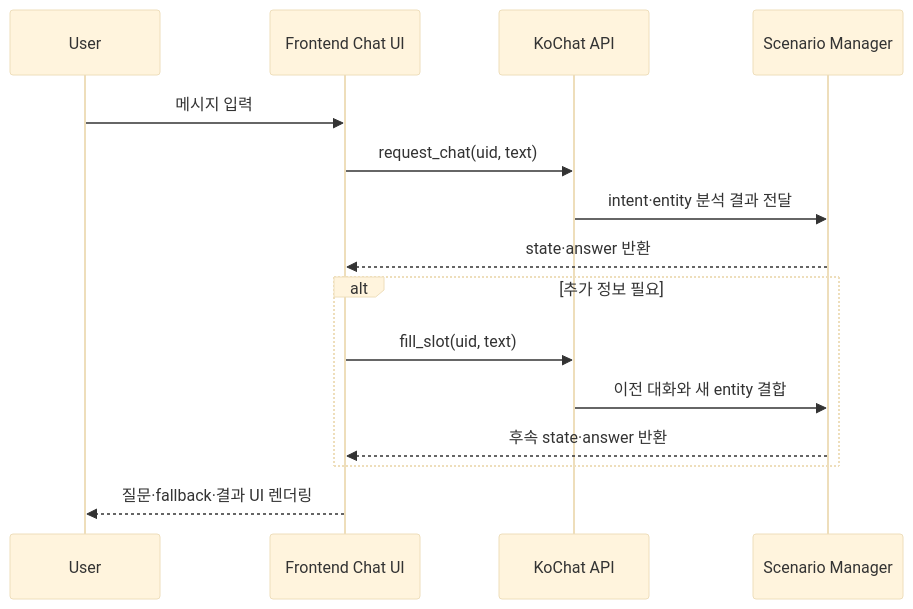
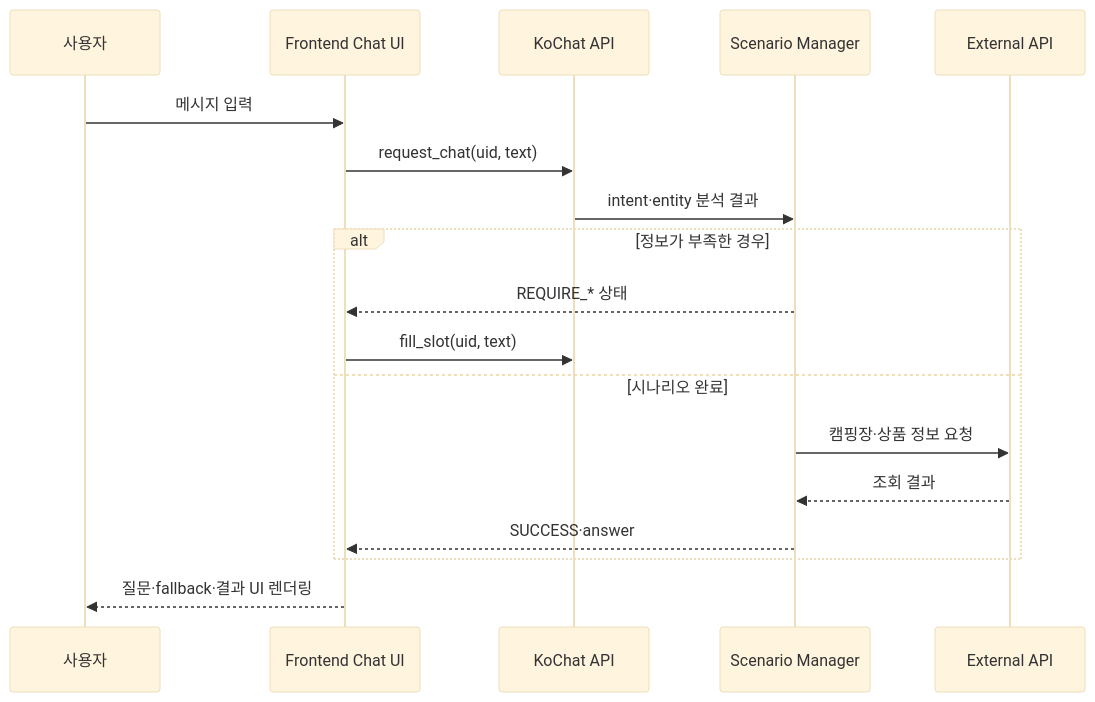
The second of 2 diagrams in README.md (minjuko/2022capstone), drawn with Mermaid (base theme) before and after one commit. The commit also changed other lines of this file, not shown here.

````diff
--- a/README.md
+++ b/README.md
@@ -51,17 +62,20 @@
 ```mermaid
 sequenceDiagram
-    participant U as User
+    participant U as 사용자
     participant F as Frontend Chat UI
     participant K as KoChat API
     participant S as Scenario Manager
+    participant E as External API
     U->>F: 메시지 입력
     F->>K: request_chat(uid, text)
-    K->>S: intent·entity 분석 결과 전달
-    S-->>F: state·answer 반환
-    alt 추가 정보 필요
+    K->>S: intent·entity 분석 결과
+    alt 정보가 부족한 경우
+        S-->>F: REQUIRE_* 상태
         F->>K: fill_slot(uid, text)
-        K->>S: 이전 대화와 새 entity 결합
-        S-->>F: 후속 state·answer 반환
+    else 시나리오 완료
+        S->>E: 캠핑장·상품 정보 요청
+        E-->>S: 조회 결과
+        S-->>F: SUCCESS·answer
     end
     F-->>U: 질문·fallback·결과 UI 렌더링
 ```
````
